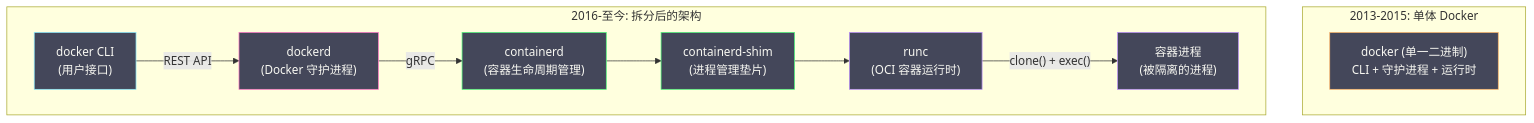
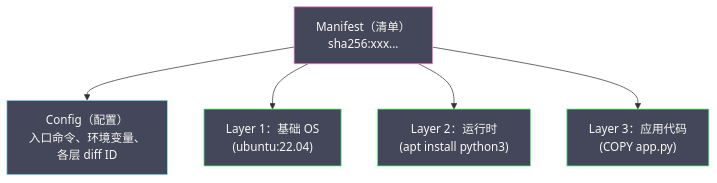
Before and after one commit to hpliStartAgain/my-brain: the second of 5 diagrams in content/云原生/Docker/01 容器的本质——从进程隔离到 OCI 标准.md, drawn with Mermaid. The commit also changed other lines of this file and 47 other files, not shown here.

````diff
--- a/content/云原生/Docker/01 容器的本质——从进程隔离到 OCI 标准.md
+++ b/content/云原生/Docker/01 容器的本质——从进程隔离到 OCI 标准.md
@@ -188,34 +285,22 @@
 ```mermaid
 %%{init: {'theme': 'dracula'}}%%
 graph TD
-    subgraph "2013-2015: 单体 Docker"
-        D1["docker (单一二进制)</br>CLI + 守护进程 + 运行时"]
-    end
+    MANIFEST["Manifest（清单）</br>sha256:xxx..."]
+    CONFIG["Config（配置）</br>入口命令、环境变量、</br>各层 diff ID"]
+    L1["Layer 1：基础 OS</br>(ubuntu:22.04)"]
+    L2["Layer 2：运行时</br>(apt install python3)"]
+    L3["Layer 3：应用代码</br>(COPY app.py)"]
 
-    subgraph "2016-至今: 拆分后的架构"
-        CLI["docker CLI</br>(用户接口)"]
-        DAEMON["dockerd</br>(Docker 守护进程)"]
-        CTRD["containerd</br>(容器生命周期管理)"]
-        SHIM["containerd-shim</br>(进程管理垫片)"]
-        RUNC["runc</br>(OCI 容器运行时)"]
-        CONTAINER["容器进程</br>(被隔离的进程)"]
-    end
+    MANIFEST --> CONFIG
+    MANIFEST --> L1
+    MANIFEST --> L2
+    MANIFEST --> L3
 
-    CLI -->|"REST API"| DAEMON
-    DAEMON -->|"gRPC"| CTRD
-    CTRD --> SHIM
-    SHIM --> RUNC
-    RUNC -->|"clone() + exec()"| CONTAINER
+    classDef manifest fill:#44475a,stroke:#ff79c6,color:#f8f8f2
+    classDef config fill:#44475a,stroke:#8be9fd,color:#f8f8f2
+    classDef layer fill:#44475a,stroke:#50fa7b,color:#f8f8f2
 
-    classDef old fill:#44475a,stroke:#ffb86c,color:#f8f8f2
-    classDef cli fill:#44475a,stroke:#8be9fd,color:#f8f8f2
-    classDef daemon fill:#44475a,stroke:#ff79c6,color:#f8f8f2
-    classDef runtime fill:#44475a,stroke:#50fa7b,color:#f8f8f2
-    classDef container fill:#44475a,stroke:#bd93f9,color:#f8f8f2
-
-    class D1 old
-    class CLI cli
-    class DAEMON daemon
-    class CTRD,SHIM runtime
-    class RUNC,CONTAINER container
+    class MANIFEST manifest
+    class CONFIG config
+    class L1,L2,L3 layer
 ```
````
